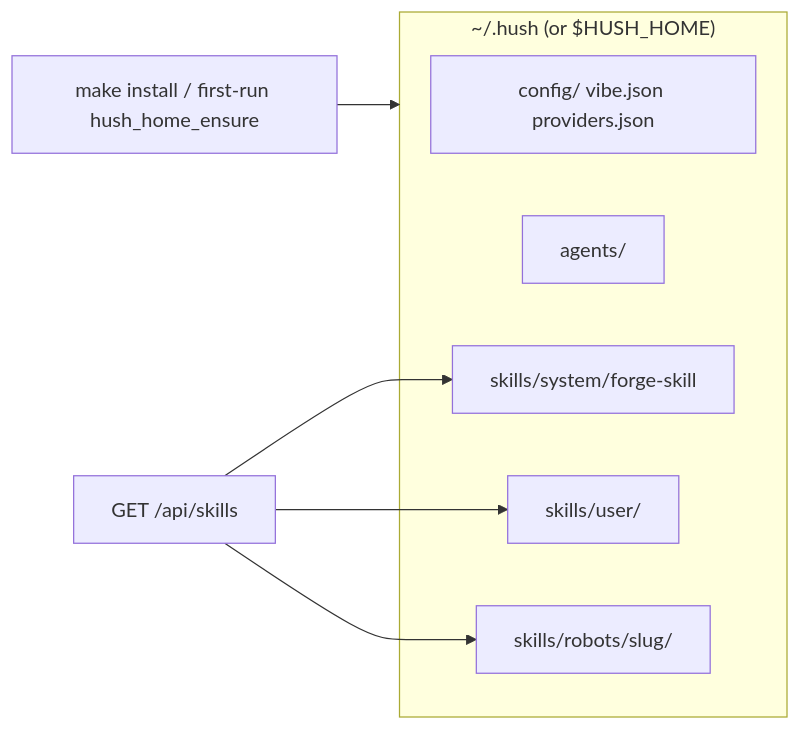
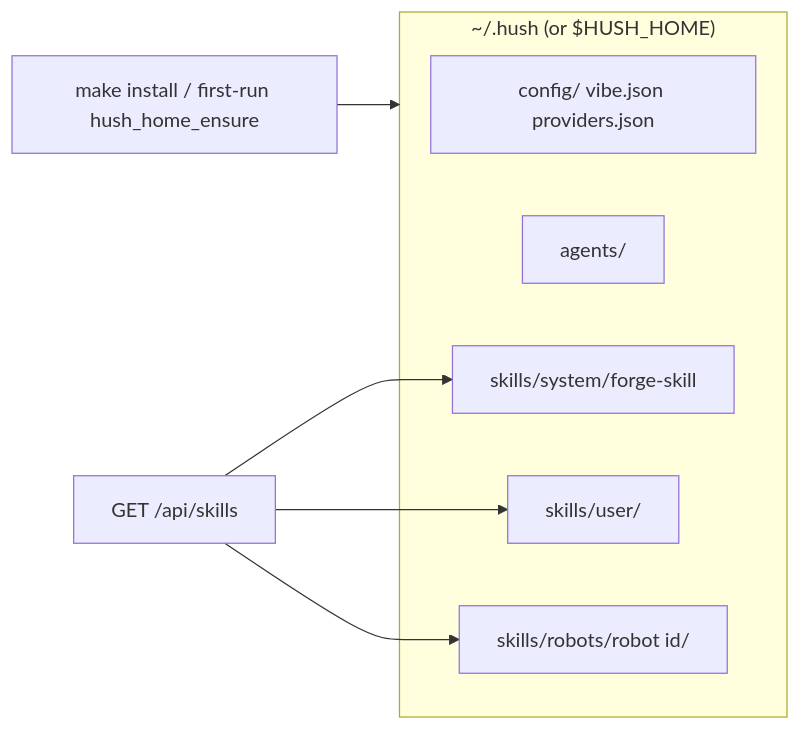
The second of 2 diagrams in docs/research/RESEARCH_ROBOT_INV_EDIT.md (coldcanuk/hush), drawn with Mermaid before and after one commit. The commit also changed other lines of this file and 66 other files, not shown here.

````diff
--- a/docs/research/RESEARCH_ROBOT_INV_EDIT.md
+++ b/docs/research/RESEARCH_ROBOT_INV_EDIT.md
@@ -81,14 +81,14 @@
 ```mermaid
 flowchart LR
   subgraph home ["~/.hush (or $HUSH_HOME)"]
     CFG[config/ vibe.json providers.json]
     AG[agents/]
     SYS[skills/system/forge-skill]
     USR[skills/user/]
-    ROB[skills/robots/slug/]
+    ROB[skills/robots/robot id/]
   end
   INSTALL[make install / first-run hush_home_ensure] --> home
   CAT[GET /api/skills] --> SYS
   CAT --> USR
   CAT --> ROB
 ```
````
